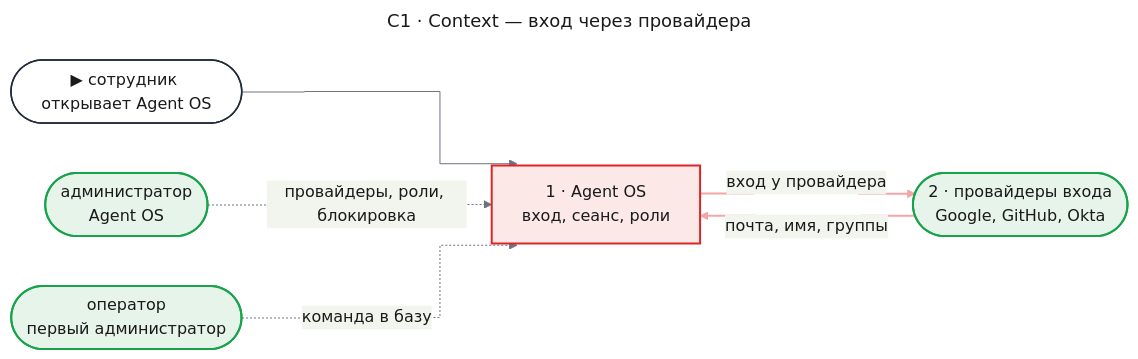
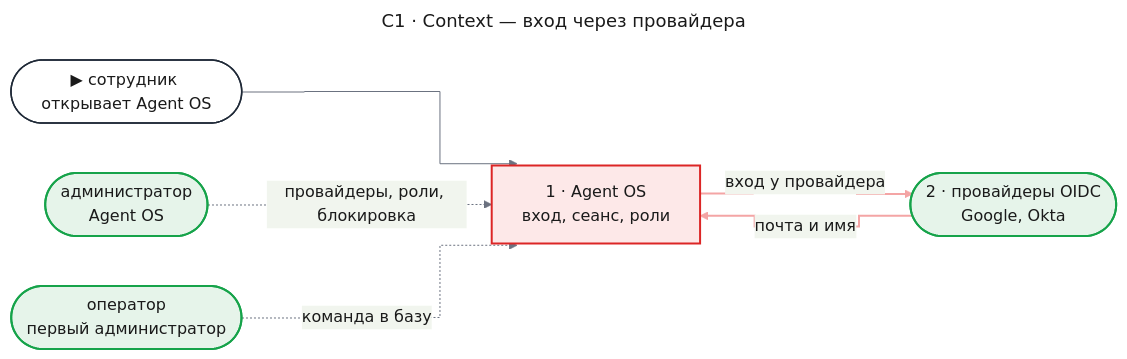
The first of 8 diagrams in docs/features/enterprise-access/design-identity.md (tundraray/agent-os), drawn with Mermaid before and after one commit. The commit also changed other lines of this file and 1 other file, not shown here.

Commit message:
docs(enterprise-access): cut identity to OIDC providers, panel roles and a self-stopping block

````diff
--- a/docs/features/enterprise-access/design-identity.md
+++ b/docs/features/enterprise-access/design-identity.md
@@ -206,39 +189,39 @@
 ```mermaid
 ---
 title: "C1 · Context — вход через провайдера"
 config:
   theme: base
   look: classic
   themeVariables:
     primaryColor: "#eef1f5"
     primaryBorderColor: "#4b5563"
     primaryTextColor: "#1a1a1a"
     lineColor: "#6b7280"
   flowchart:
     curve: step
   themeCSS: |
     @keyframes lit_c1{0%,45%{stroke:#991b1b;stroke-width:6px}50%,100%{stroke:#f4a5a5;stroke-width:2px}}
 ---
 flowchart LR
     entry(["▶ сотрудник открывает Agent OS"])
     aos["1 · Agent OS<br/>вход, сеанс, роли"]
-    idp(["2 · провайдеры входа<br/>Google, GitHub, Okta"])
+    idp(["2 · провайдеры OIDC<br/>Google, Okta"])
     oper(["оператор<br/>первый администратор"])
     admin(["администратор<br/>Agent OS"])
     entry --> aos
     aos e1@-->|"вход у провайдера"| idp
-    idp e2@-->|"почта, имя, группы"| aos
+    idp e2@-->|"почта и имя"| aos
     admin -.->|"провайдеры, роли, блокировка"| aos
     oper -.->|"команда в базу"| aos
     classDef entry fill:#ffffff,stroke:#1f2937,stroke-width:1.5px,color:#1a1a1a
     classDef changed fill:#fde8e8,stroke:#dc2626,stroke-width:2px,color:#1a1a1a
     classDef new fill:#e6f4ea,stroke:#16a34a,stroke-width:2px,color:#1a1a1a
     classDef unchanged fill:#eef1f5,stroke:#4b5563,stroke-width:1.5px,color:#1a1a1a
     classDef w1 stroke:#f4a5a5,stroke-width:2px,animation:lit_c1 2.4s linear 0s infinite
     classDef w2 stroke:#f4a5a5,stroke-width:2px,animation:lit_c1 2.4s linear 1.2s infinite
     class entry entry
     class aos changed
     class idp,admin,oper new
     class e1 w1
     class e2 w2
 ```
````
